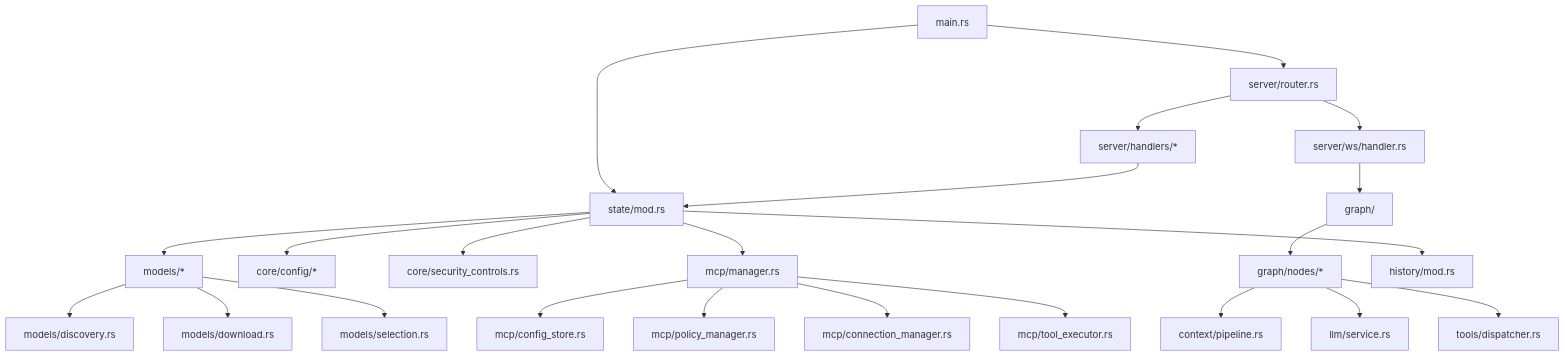
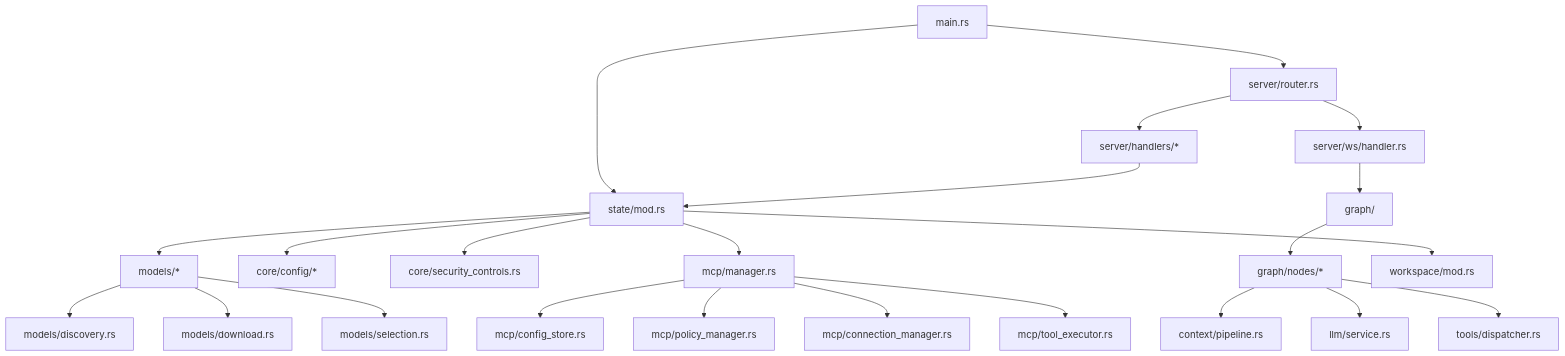
One commit to coco4atJP/Tepora-alpha changed the second of 11 diagrams in docs/architecture/ARCHITECTURE.md. Above: the diagram before and after it, drawn with Mermaid. The commit also changed other lines of this file, not shown here.

First line of the commit message:
docs: update ARCHITECTURE.md to reflect workspace changes

````diff
--- a/docs/architecture/ARCHITECTURE.md
+++ b/docs/architecture/ARCHITECTURE.md
@@ -94,29 +94,29 @@
 ```mermaid
 graph TD
     Main[main.rs] --> Router[server/router.rs]
     Main --> State[state/mod.rs]
 
     Router --> Handlers[server/handlers/*]
     Router --> WS[server/ws/handler.rs]
     Handlers --> State
     WS --> Graph[graph/]
 
     Graph --> Nodes[graph/nodes/*]
     Nodes --> Pipeline[context/pipeline.rs]
     Nodes --> LLM[llm/service.rs]
     Nodes --> Tools[tools/dispatcher.rs]
 
     State --> Config[core/config/*]
     State --> Security[core/security_controls.rs]
     State --> Models[models/*]
     State --> MCP[mcp/manager.rs]
-    State --> History[history/mod.rs]
+    State --> History[workspace/mod.rs]
 
     MCP --> McpConfig[mcp/config_store.rs]
     MCP --> McpPolicy[mcp/policy_manager.rs]
     MCP --> McpConnection[mcp/connection_manager.rs]
     MCP --> McpTools[mcp/tool_executor.rs]
     Models --> Discovery[models/discovery.rs]
     Models --> Download[models/download.rs]
     Models --> Selection[models/selection.rs]
 ```
````
